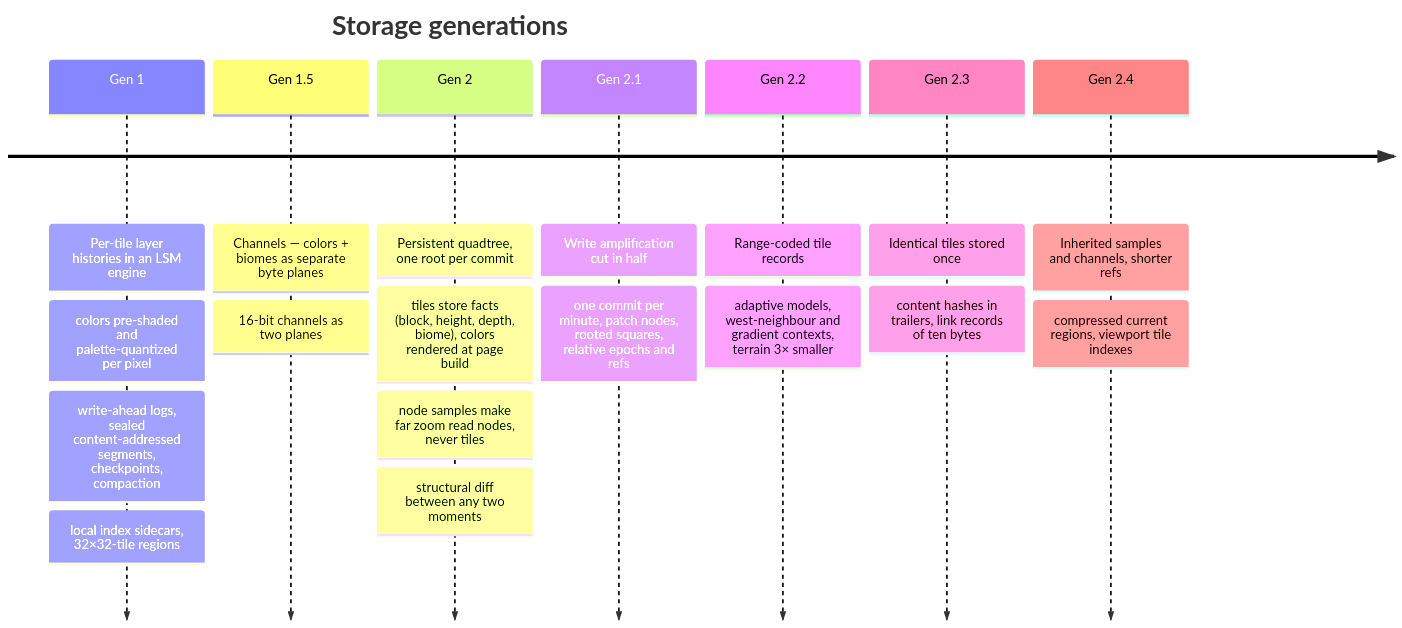
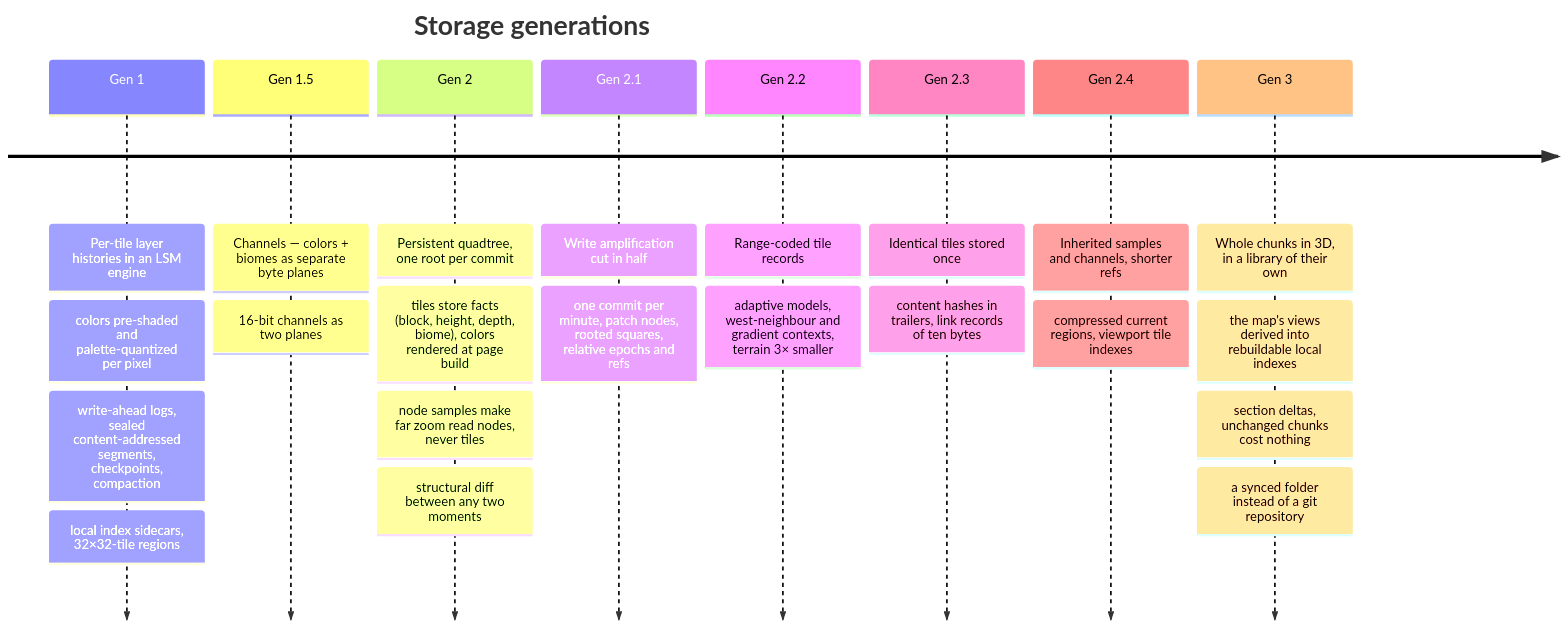
Before and after one commit to fopwoc/GTNH-KNH: the first of 7 diagrams in mods/palimpsest/ARCHITECTURE.md, drawn with Mermaid. The commit also changed other lines of this file and 2 other files, not shown here.

````diff
--- a/mods/palimpsest/ARCHITECTURE.md
+++ b/mods/palimpsest/ARCHITECTURE.md
@@ -13,22 +15,26 @@
 ```mermaid
 timeline
     title Storage generations
     Gen 1 : Per-tile layer histories in an LSM engine
           : colors pre-shaded and palette-quantized per pixel
           : write-ahead logs, sealed content-addressed segments, checkpoints, compaction
           : local index sidecars, 32×32-tile regions
     Gen 1.5 : Channels — colors + biomes as separate byte planes
             : 16-bit channels as two planes
     Gen 2 : Persistent quadtree, one root per commit
           : tiles store facts (block, height, depth, biome), colors rendered at page build
           : node samples make far zoom read nodes, never tiles
           : structural diff between any two moments
     Gen 2.1 : Write amplification cut in half
             : one commit per minute, patch nodes, rooted squares, relative epochs and refs
     Gen 2.2 : Range-coded tile records
             : adaptive models, west-neighbour and gradient contexts, terrain 3× smaller
     Gen 2.3 : Identical tiles stored once
             : content hashes in trailers, link records of ten bytes
     Gen 2.4 : Inherited samples and channels, shorter refs
             : compressed current regions, viewport tile indexes
+    Gen 3 : Whole chunks in 3D, in a library of their own
+          : the map's views derived into rebuildable local indexes
+          : section deltas, unchanged chunks cost nothing
+          : a synced folder instead of a git repository
 ```
````
